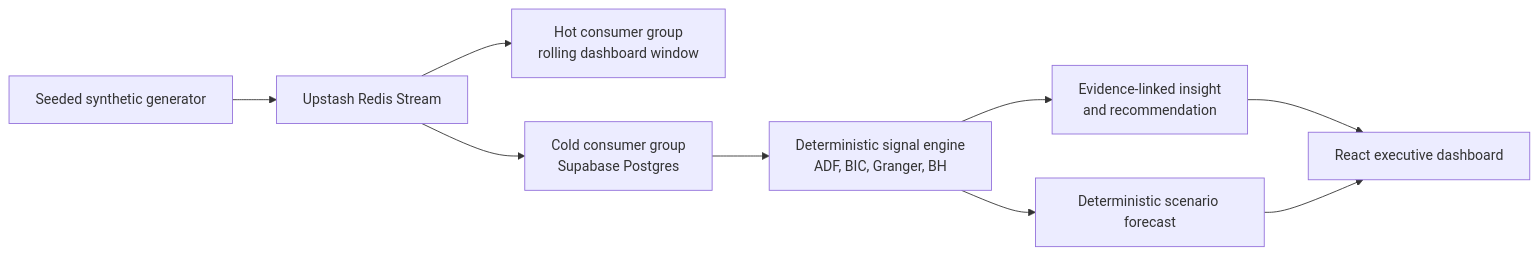
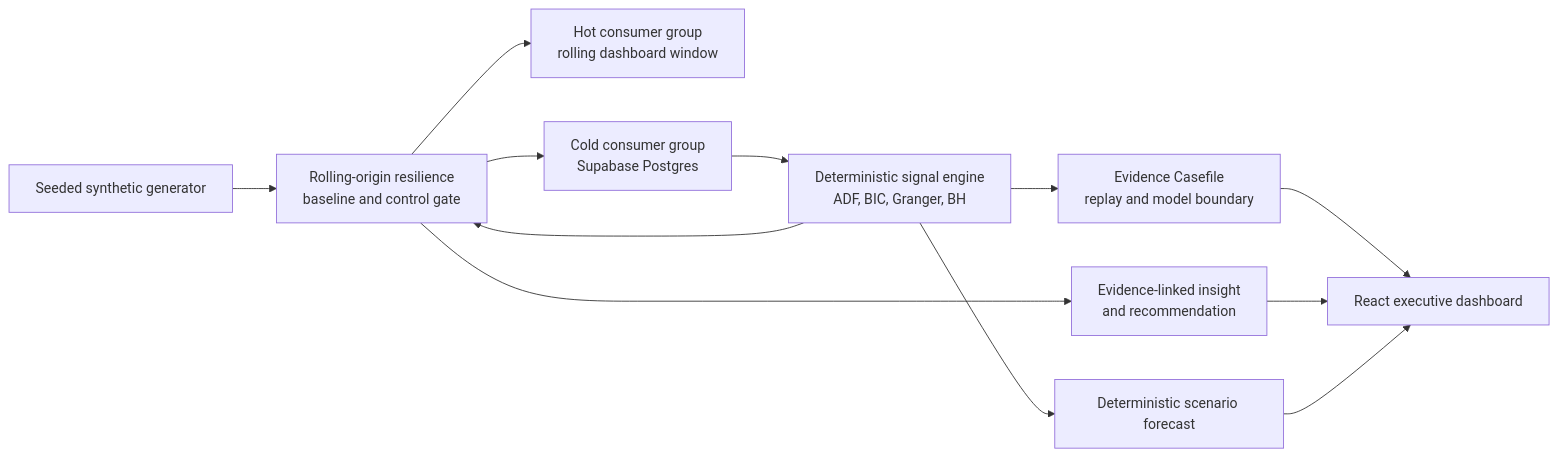
Before and after one commit to Venkat-Kolasani/Enterprise-Intelligence-Agent: the diagram in README.md, drawn with Mermaid. The commit also changed other lines of this file and 20 other files, not shown here.

Commit message:
feat: add rolling-origin evidence resilience

````diff
--- a/README.md
+++ b/README.md
@@ -19,11 +21,14 @@
 ```mermaid
 flowchart LR
     S[Seeded synthetic generator] --> R[Upstash Redis Stream]
     R --> H[Hot consumer group\nrolling dashboard window]
     R --> C[Cold consumer group\nSupabase Postgres]
     C --> E[Deterministic signal engine\nADF, BIC, Granger, BH]
-    E --> I[Evidence-linked insight\nand recommendation]
+    E --> K[Evidence Casefile\nreplay and model boundary]
+    E --> R[Rolling-origin resilience\nbaseline and control gate]
+    R --> I[Evidence-linked insight\nand recommendation]
     E --> F[Deterministic scenario forecast]
+    K --> U[React executive dashboard]
     I --> U[React executive dashboard]
     F --> U
 ```
````
